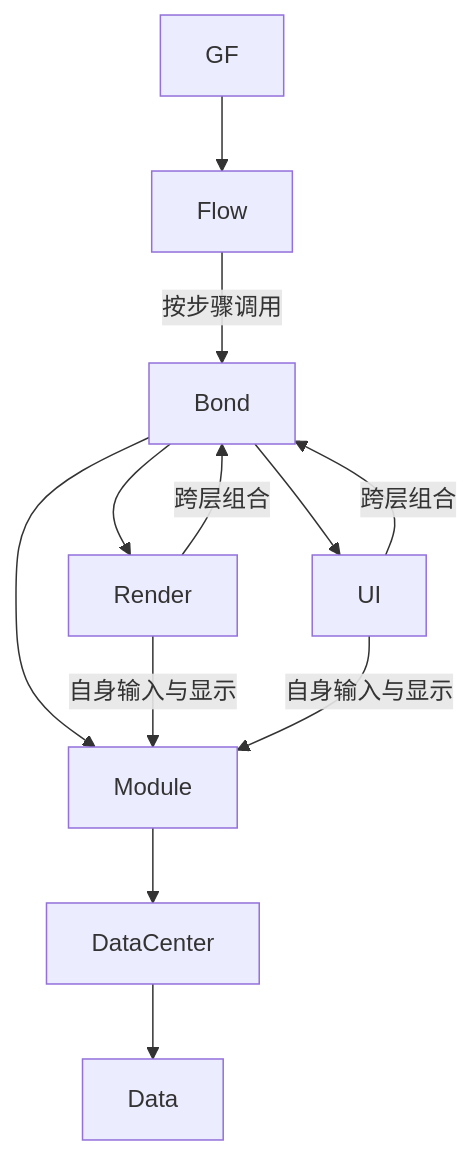
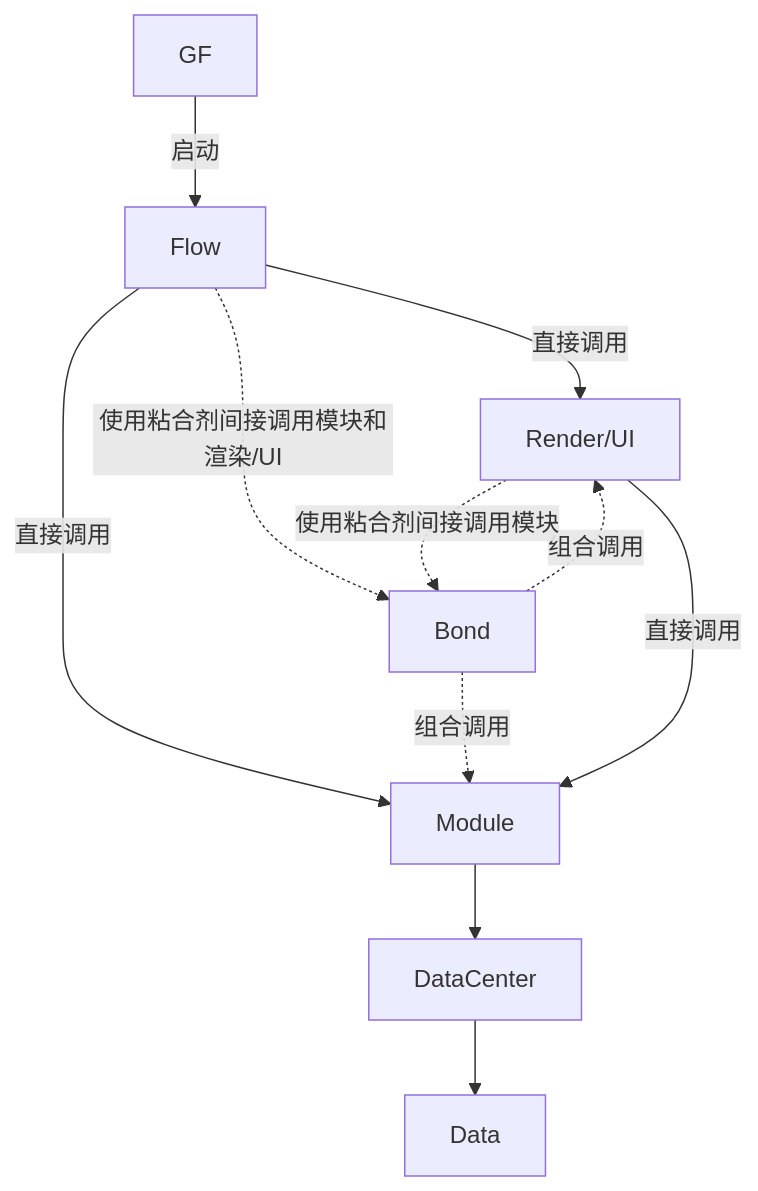
Before and after one commit to Qyingii/Fmoda: the diagram in README.md, drawn with Mermaid. The commit also changed other lines of this file and 19 other files, not shown here.

````diff
--- a/README.md
+++ b/README.md
@@ -33,14 +36,13 @@
 ```mermaid
 flowchart TD
-    G[GF] --> F[Flow]
-    F -->|按步骤调用| X[Bond]
-    X --> M[Module]
-    X --> R[Render]
-    X --> U[UI]
-    R -->|自身输入与显示| M
-    U -->|自身输入与显示| M
-    R -->|跨层组合| X
-    U -->|跨层组合| X
+    G[GF] -->|启动| F[Flow]
+    F -->|直接调用| M[Module]
+    F -->|直接调用| R
+    F -.->|使用粘合剂间接调用模块和渲染/UI| X[Bond]
+    X -.->|组合调用| M
+    X -.->|组合调用| R[Render/UI]
+    R -->|直接调用| M
+    R -.->|使用粘合剂间接调用模块| X
     M --> D[DataCenter]
     D --> A[Data]
 ```
````
